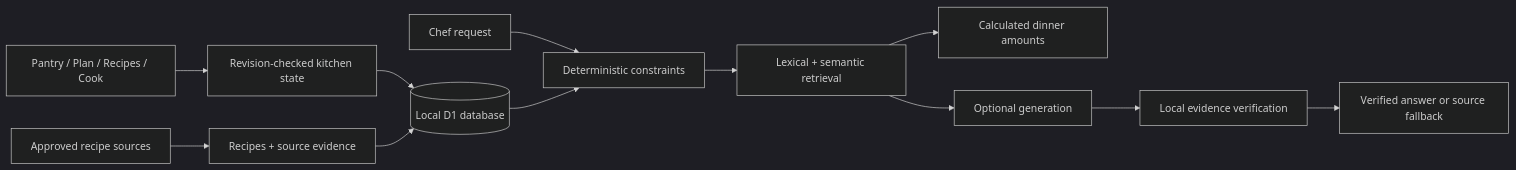
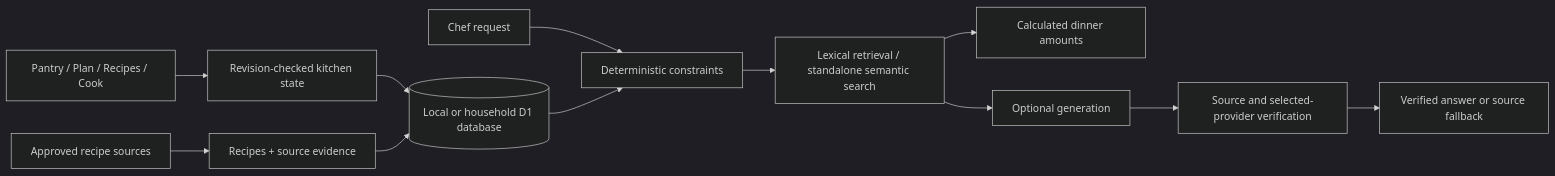
Before and after one commit to AvitanMan/rag-chef: the diagram in README.md, drawn with Mermaid (dark theme). The commit also changed other lines of this file and 105 other files, not shown here.

````diff
--- a/README.md
+++ b/README.md
@@ -85,14 +88,14 @@
 ```mermaid
 flowchart LR
   UI[Pantry / Plan / Recipes / Cook] --> Kitchen[Revision-checked kitchen state]
-  Kitchen --> DB[(Local D1 database)]
+  Kitchen --> DB[(Local or household D1 database)]
   Sources[Approved recipe sources] --> Catalog[Recipes + source evidence]
   Catalog --> DB
   Query[Chef request] --> Filter[Deterministic constraints]
   DB --> Filter
-  Filter --> Search[Lexical + semantic retrieval]
+  Filter --> Search[Lexical retrieval / standalone semantic search]
   Search --> Amounts[Calculated dinner amounts]
   Search --> Model[Optional generation]
-  Model --> Verify[Local evidence verification]
+  Model --> Verify[Source and selected-provider verification]
   Verify --> Answer[Verified answer or source fallback]
 ```
````
